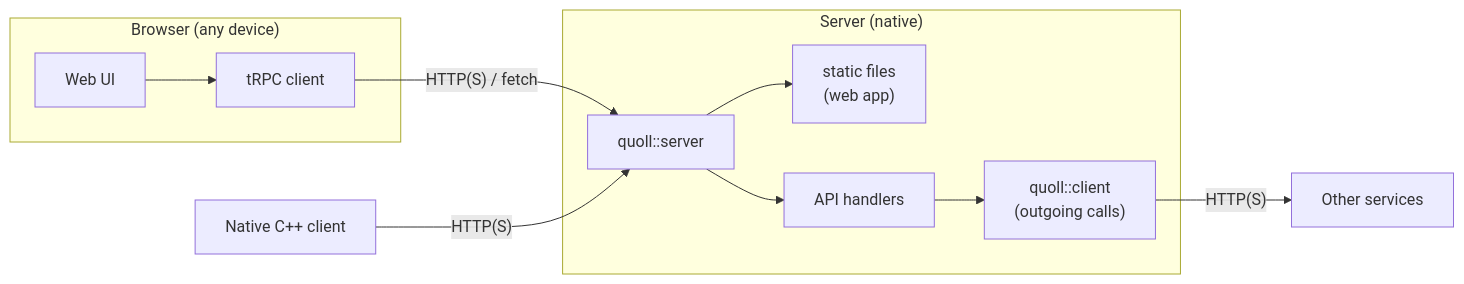
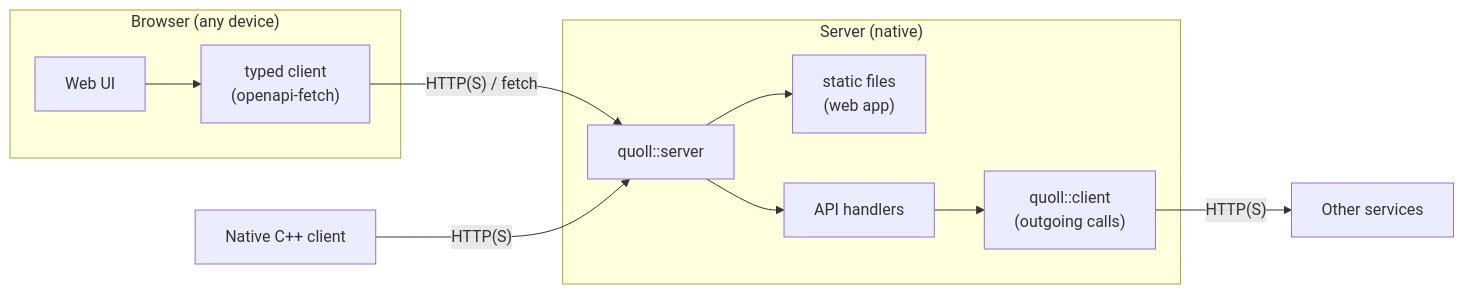
Before and after one commit to 4thlabs/quoll: the third of 8 diagrams in docs/PLAN.md, drawn with Mermaid. The commit also changed other lines of this file and 2 other files, not shown here.

First line of the commit message:
Plan: OpenAPI instead of tRPC for the TypeScript side

````diff
--- a/docs/PLAN.md
+++ b/docs/PLAN.md
@@ -139,15 +137,15 @@
 ```mermaid
 flowchart LR
   subgraph browser["Browser (any device)"]
-    ui1["Web UI"] --> ts1["tRPC client"]
+    ui1["Web UI"] --> ts1["typed client<br/>(openapi-fetch)"]
   end
   subgraph host["Server (native)"]
     srv["quoll::server"] --> static["static files<br/>(web app)"]
     srv --> h1["API handlers"]
     h1 --> c1["quoll::client<br/>(outgoing calls)"]
   end
   cpp["Native C++ client"]
   ts1 -- "HTTP(S) / fetch" --> srv
   cpp -- "HTTP(S)" --> srv
   c1 -- "HTTP(S)" --> ext["Other services"]
 ```
````
